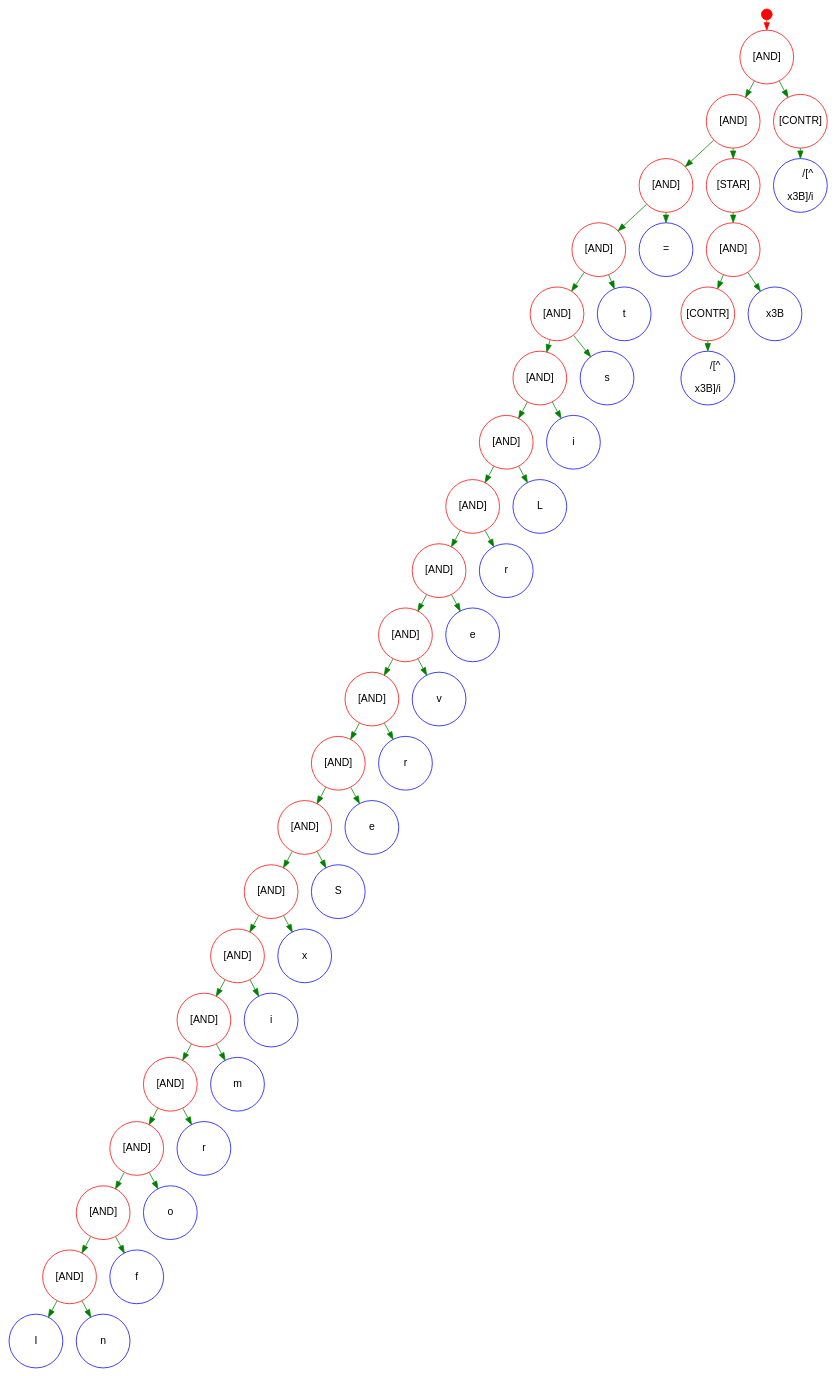
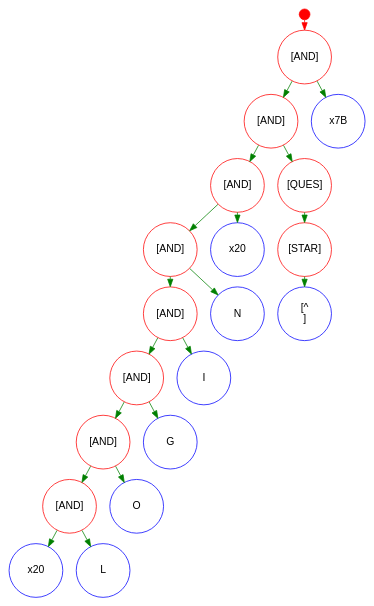
One commit to asohangh/nfaengine changed the diagram in NFAEngine2/parsetree.dot. Above: the diagram before and after it, drawn with Graphviz. The commit also changed 18 other files, not shown here.

```diff
--- a/NFAEngine2/parsetree.dot
+++ b/NFAEngine2/parsetree.dot
@@ -1,99 +1,46 @@
 digraph "parse Tree" {
 graph [ranksep=.2,rankdir=TD];
 node [shape=circle,fontname=Arial,fontsize=14];
 node [width=1,fixedsize=true];
 edge [fontname=Arial,fontsize=14];
 -1 [width=0.2,shape=point color=red];
 -1 -> 0 [ color=red];
 0 [label="[AND]" color=red];
 0 -> 1 [color=green];
 1 [label="[AND]" color=red];
 1 -> 2 [color=green];
 2 [label="[AND]" color=red];
 2 -> 3 [color=green];
 3 [label="[AND]" color=red];
 3 -> 4 [color=green];
 4 [label="[AND]" color=red];
 4 -> 5 [color=green];
 5 [label="[AND]" color=red];
 5 -> 6 [color=green];
 6 [label="[AND]" color=red];
 6 -> 7 [color=green];
 7 [label="[AND]" color=red];
 7 -> 8 [color=green];
-8 [label="[AND]" color=red];
-8 -> 9 [color=green];
-9 [label="[AND]" color=red];
-9 -> 10 [color=green];
-10 [label="[AND]" color=red];
-10 -> 11 [color=green];
-11 [label="[AND]" color=red];
-11 -> 12 [color=green];
-12 [label="[AND]" color=red];
-12 -> 13 [color=green];
-13 [label="[AND]" color=red];
-13 -> 14 [color=green];
-14 [label="[AND]" color=red];
-14 -> 15 [color=green];
-15 [label="[AND]" color=red];
+8 [label="\x20" color=blue];
+7 -> 9 [color=green];
+9 [label="L" color=blue];
+6 -> 10 [color=green];
+10 [label="O" color=blue];
+5 -> 11 [color=green];
+11 [label="G" color=blue];
+4 -> 12 [color=green];
+12 [label="I" color=blue];
+3 -> 13 [color=green];
+13 [label="N" color=blue];
+2 -> 14 [color=green];
+14 [label="\x20" color=blue];
+1 -> 15 [color=green];
+15 [label="[QUES]" color=red];
 15 -> 16 [color=green];
-16 [label="[AND]" color=red];
+16 [label="[STAR]" color=red];
 16 -> 17 [color=green];
-17 [label="[AND]" color=red];
-17 -> 18 [color=green];
-18 [label="[AND]" color=red];
-18 -> 19 [color=green];
-19 [label="[AND]" color=red];
-19 -> 20 [color=green];
-20 [label="I" color=blue];
-19 -> 21 [color=green];
-21 [label="n" color=blue];
-18 -> 22 [color=green];
-22 [label="f" color=blue];
-17 -> 23 [color=green];
-23 [label="o" color=blue];
-16 -> 24 [color=green];
-24 [label="r" color=blue];
-15 -> 25 [color=green];
-25 [label="m" color=blue];
-14 -> 26 [color=green];
-26 [label="i" color=blue];
-13 -> 27 [color=green];
-27 [label="x" color=blue];
-12 -> 28 [color=green];
-28 [label="S" color=blue];
-11 -> 29 [color=green];
-29 [label="e" color=blue];
-10 -> 30 [color=green];
-30 [label="r" color=blue];
-9 -> 31 [color=green];
-31 [label="v" color=blue];
-8 -> 32 [color=green];
-32 [label="e" color=blue];
-7 -> 33 [color=green];
-33 [label="r" color=blue];
-6 -> 34 [color=green];
-34 [label="L" color=blue];
-5 -> 35 [color=green];
-35 [label="i" color=blue];
-4 -> 36 [color=green];
-36 [label="s" color=blue];
-3 -> 37 [color=green];
-37 [label="t" color=blue];
-2 -> 38 [color=green];
-38 [label="=" color=blue];
-1 -> 39 [color=green];
-39 [label="[STAR]" color=red];
-39 -> 40 [color=green];
-40 [label="[AND]" color=red];
-40 -> 41 [color=green];
-41 [label="[CONTR]" color=red];
-41 -> 42 [color=green];
-42 [label="/[^\r\n\x3B]/i" color=blue];
-40 -> 43 [color=green];
-43 [label="\x3B" color=blue];
-0 -> 44 [color=green];
-44 [label="[CONTR]" color=red];
-44 -> 45 [color=green];
-45 [label="/[^\r\n\x3B]/i" color=blue];
+17 [label="[^
+]" color=blue];
+0 -> 18 [color=green];
+18 [label="\x7B" color=blue];
 }
```
